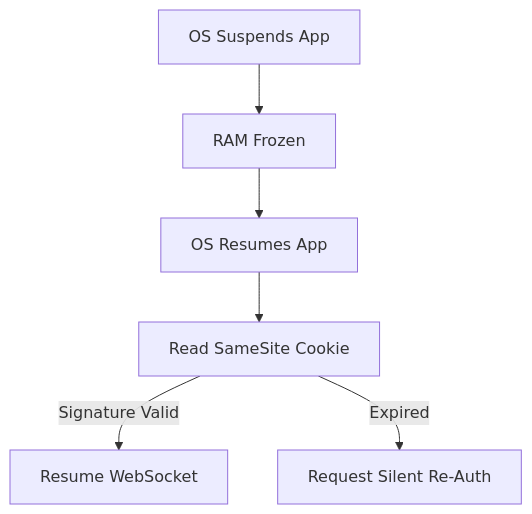
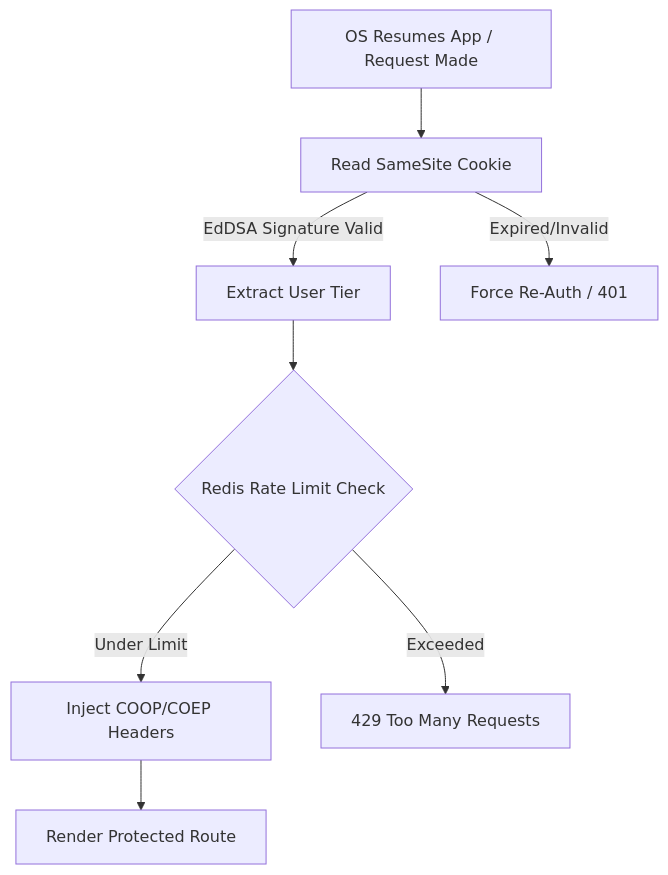
Diagram 14 of 30 in README.md (atfortyseven-creations/whalecosystem), drawn with Mermaid before and after one commit. The commit also changed other lines of this file and 1 other file, not shown here.

Commit message:
feat: add developers documentation page with detailed infrastructure and security architecture specifications

````diff
--- a/README.md
+++ b/README.md
@@ -268,8 +271,10 @@
 ```mermaid
 flowchart TD
-    AppBackground[OS Suspends App] --> RAM[RAM Frozen]
-    RAM --> AppForeground[OS Resumes App]
-    AppForeground --> ReadCookie[Read SameSite Cookie]
-    ReadCookie -->|Signature Valid| Resume[Resume WebSocket]
-    ReadCookie -->|Expired| Prompt[Request Silent Re-Auth]
+    AppForeground[OS Resumes App / Request Made] --> ReadCookie[Read SameSite Cookie]
+    ReadCookie -->|EdDSA Signature Valid| ExtractTier[Extract User Tier]
+    ExtractTier --> RateLimit{Redis Rate Limit Check}
+    RateLimit -->|Under Limit| InjectHeaders[Inject COOP/COEP Headers]
+    RateLimit -->|Exceeded| Drop[429 Too Many Requests]
+    InjectHeaders --> Render[Render Protected Route]
+    ReadCookie -->|Expired/Invalid| Prompt[Force Re-Auth / 401]
 ```
````
